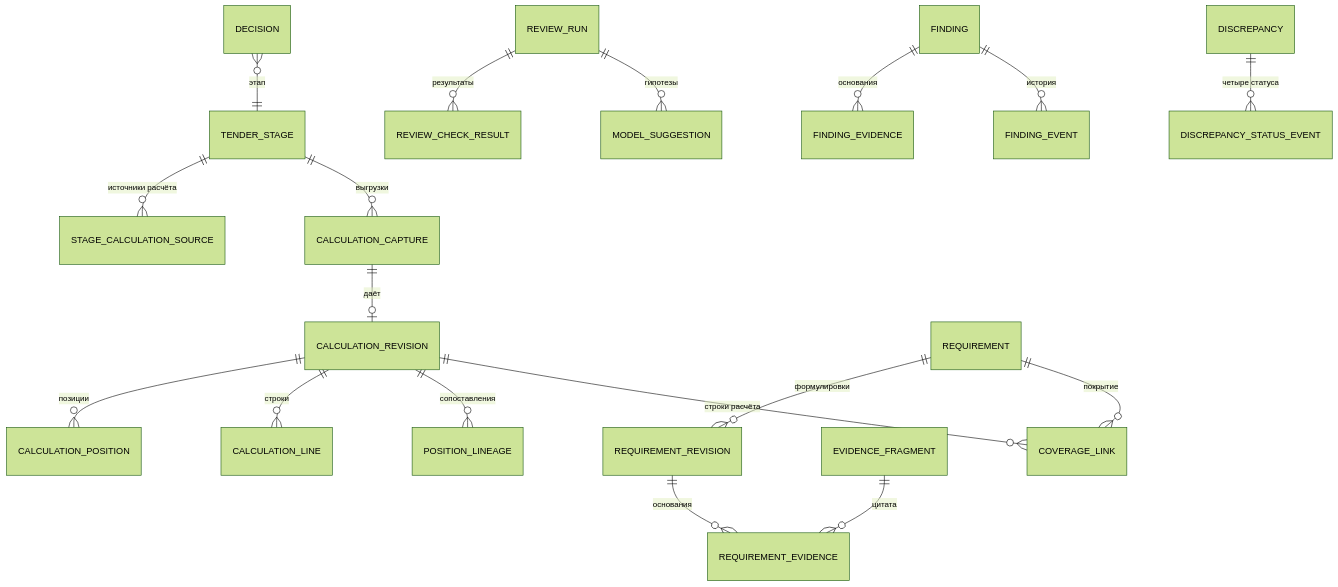
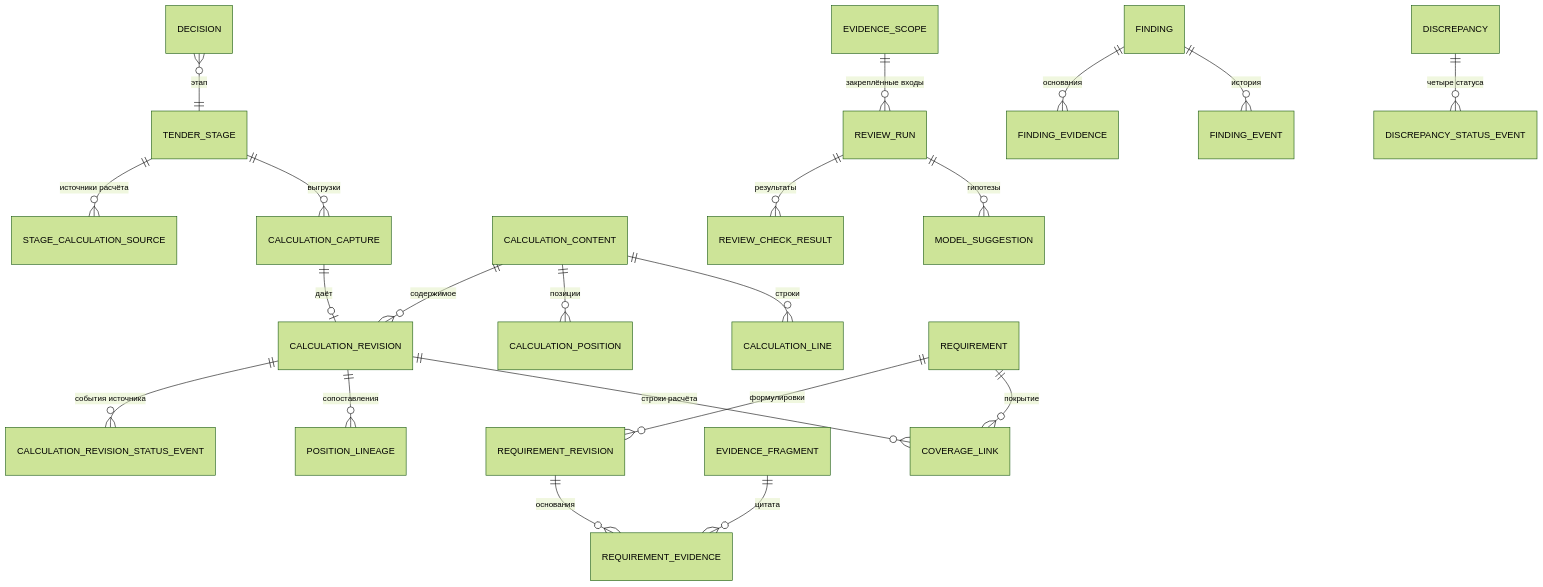
The second of 4 diagrams in docs/architecture/data-model.md (baldmaxim/ConturKP), drawn with Mermaid (forest theme) before and after one commit. The commit also changed other lines of this file and 18 other files, not shown here.

````diff
--- a/docs/architecture/data-model.md
+++ b/docs/architecture/data-model.md
@@ -69,20 +74,23 @@
 ```mermaid
 erDiagram
   TENDER_STAGE ||--o{ STAGE_CALCULATION_SOURCE : "источники расчёта"
   TENDER_STAGE ||--o{ CALCULATION_CAPTURE : "выгрузки"
   CALCULATION_CAPTURE ||--o| CALCULATION_REVISION : "даёт"
-  CALCULATION_REVISION ||--o{ CALCULATION_POSITION : "позиции"
-  CALCULATION_REVISION ||--o{ CALCULATION_LINE : "строки"
+  CALCULATION_CONTENT ||--o{ CALCULATION_REVISION : "содержимое"
+  CALCULATION_REVISION ||--o{ CALCULATION_REVISION_STATUS_EVENT : "события источника"
+  CALCULATION_CONTENT ||--o{ CALCULATION_POSITION : "позиции"
+  CALCULATION_CONTENT ||--o{ CALCULATION_LINE : "строки"
   CALCULATION_REVISION ||--o{ POSITION_LINEAGE : "сопоставления"
   REQUIREMENT ||--o{ REQUIREMENT_REVISION : "формулировки"
   REQUIREMENT_REVISION ||--o{ REQUIREMENT_EVIDENCE : "основания"
   EVIDENCE_FRAGMENT ||--o{ REQUIREMENT_EVIDENCE : "цитата"
   REQUIREMENT ||--o{ COVERAGE_LINK : "покрытие"
   CALCULATION_REVISION ||--o{ COVERAGE_LINK : "строки расчёта"
+  EVIDENCE_SCOPE ||--o{ REVIEW_RUN : "закреплённые входы"
   REVIEW_RUN ||--o{ REVIEW_CHECK_RESULT : "результаты"
   REVIEW_RUN ||--o{ MODEL_SUGGESTION : "гипотезы"
   FINDING ||--o{ FINDING_EVIDENCE : "основания"
   FINDING ||--o{ FINDING_EVENT : "история"
   DISCREPANCY ||--o{ DISCREPANCY_STATUS_EVENT : "четыре статуса"
   DECISION }o--|| TENDER_STAGE : "этап"
 ```
````
